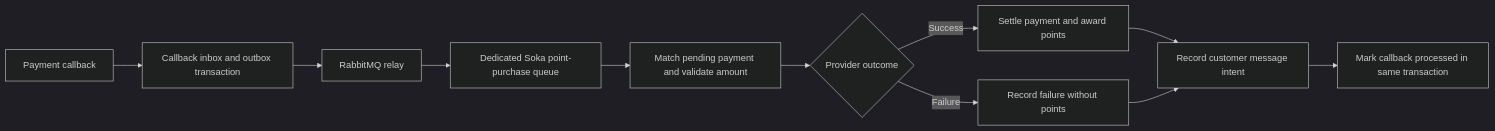
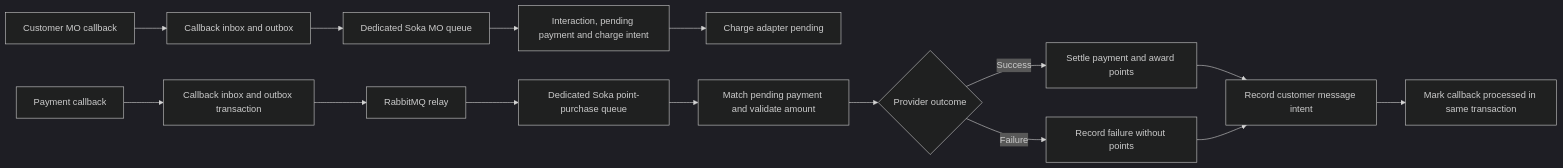
The diagram in docs/soka-point-flow.md (EMA-GREEN/YAS-SOKA-ISHIKISTAA-MEGAPROMO), drawn with Mermaid (dark theme) before and after one commit. The commit also changed other lines of this file and 14 other files, not shown here.

Commit message:
Add Soka purchase MO intake and completion checklist

````diff
--- a/docs/soka-point-flow.md
+++ b/docs/soka-point-flow.md
@@ -5,13 +5,17 @@
 ```mermaid
 flowchart LR
+  MO[Customer MO callback] --> Intake[Callback inbox and outbox]
+  Intake --> MOQueue[Dedicated Soka MO queue]
+  MOQueue --> Pending[Interaction, pending payment and charge intent]
+  Pending --> Await[Charge adapter pending]
   A[Payment callback] --> B[Callback inbox and outbox transaction]
   B --> C[RabbitMQ relay]
   C --> D[Dedicated Soka point-purchase queue]
   D --> E[Match pending payment and validate amount]
   E --> F{Provider outcome}
   F -->|Success| G[Settle payment and award points]
   F -->|Failure| H[Record failure without points]
   G --> I[Record customer message intent]
   H --> I
   I --> J[Mark callback processed in same transaction]
 ```
````
